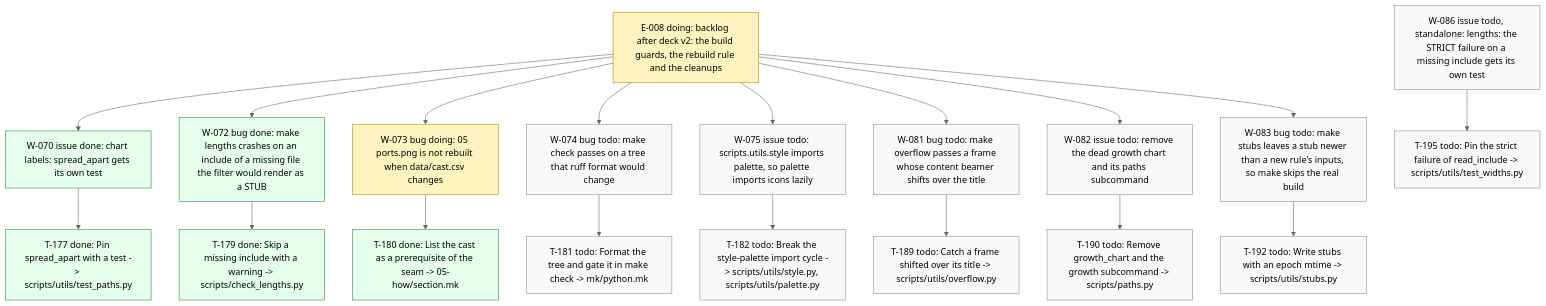
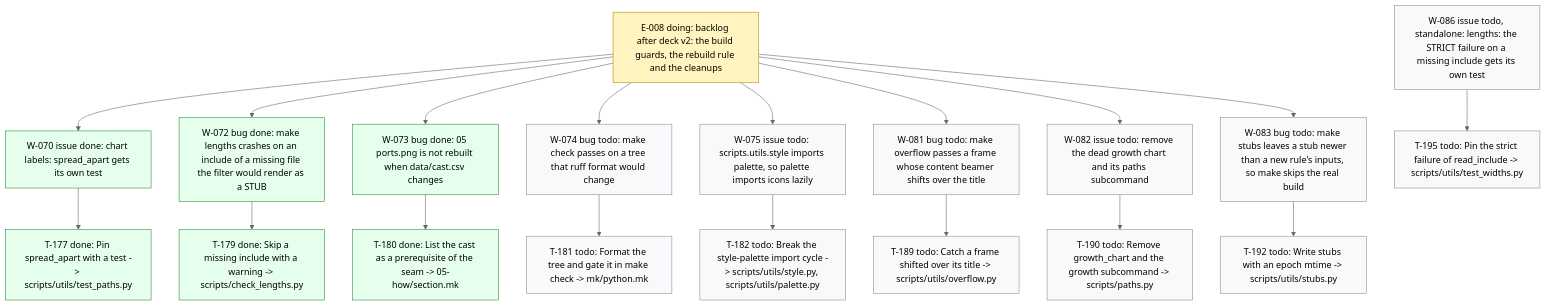
Before and after one commit to dpopchev/chaos-to-simple: the diagram in .board/BOARD.md, drawn with Mermaid (neutral theme). The commit also changed other lines of this file and 1 other file, not shown here.

Commit message:
chore(board): close W-073 -- landed
Refs: W-073

````diff
--- a/.board/BOARD.md
+++ b/.board/BOARD.md
@@ -486,30 +486,30 @@
 ```mermaid
 flowchart TD
   E008["E-008 doing: backlog after deck v2: the build guards, the rebuild rule and the cleanups"]
   E008 --> W070["W-070 issue done: chart labels: spread_apart gets its own test"]
   W070 --> T177["T-177 done: Pin spread_apart with a test -> scripts/utils/test_paths.py"]
   E008 --> W072["W-072 bug done: make lengths crashes on an include of a missing file the filter would render as a STUB"]
   W072 --> T179["T-179 done: Skip a missing include with a warning -> scripts/check_lengths.py"]
-  E008 --> W073["W-073 bug doing: 05 ports.png is not rebuilt when data/cast.csv changes"]
+  E008 --> W073["W-073 bug done: 05 ports.png is not rebuilt when data/cast.csv changes"]
   W073 --> T180["T-180 done: List the cast as a prerequisite of the seam -> 05-how/section.mk"]
   E008 --> W074["W-074 bug todo: make check passes on a tree that ruff format would change"]
   W074 --> T181["T-181 todo: Format the tree and gate it in make check -> mk/python.mk"]
   E008 --> W075["W-075 issue todo: scripts.utils.style imports palette, so palette imports icons lazily"]
   W075 --> T182["T-182 todo: Break the style-palette import cycle -> scripts/utils/style.py, scripts/utils/palette.py"]
   E008 --> W081["W-081 bug todo: make overflow passes a frame whose content beamer shifts over the title"]
   W081 --> T189["T-189 todo: Catch a frame shifted over its title -> scripts/utils/overflow.py"]
   E008 --> W082["W-082 issue todo: remove the dead growth chart and its paths subcommand"]
   W082 --> T190["T-190 todo: Remove growth_chart and the growth subcommand -> scripts/paths.py"]
   E008 --> W083["W-083 bug todo: make stubs leaves a stub newer than a new rule's inputs, so make skips the real build"]
   W083 --> T192["T-192 todo: Write stubs with an epoch mtime -> scripts/utils/stubs.py"]
   W086["W-086 issue todo, standalone: lengths: the STRICT failure on a missing include gets its own test"]
   W086 --> T195["T-195 todo: Pin the strict failure of read_include -> scripts/utils/test_widths.py"]
   classDef doing fill:#fff3bf,stroke:#b58900,color:#000;
   classDef blocked fill:#ffe3e3,stroke:#c92a2a,color:#000;
   classDef done fill:#e6ffed,stroke:#2b8a3e,color:#000;
   classDef todo fill:#f8f9fa,stroke:#868e96,color:#000;
   classDef pruned fill:#f1f3f5,stroke:#adb5bd,color:#000;
-  class E008,W073 doing
-  class W070,T177,W072,T179,T180 done
+  class E008 doing
+  class W070,T177,W072,T179,W073,T180 done
   class W074,T181,W075,T182,W081,T189,W082,T190,W083,T192,W086,T195 todo
 ```
````
